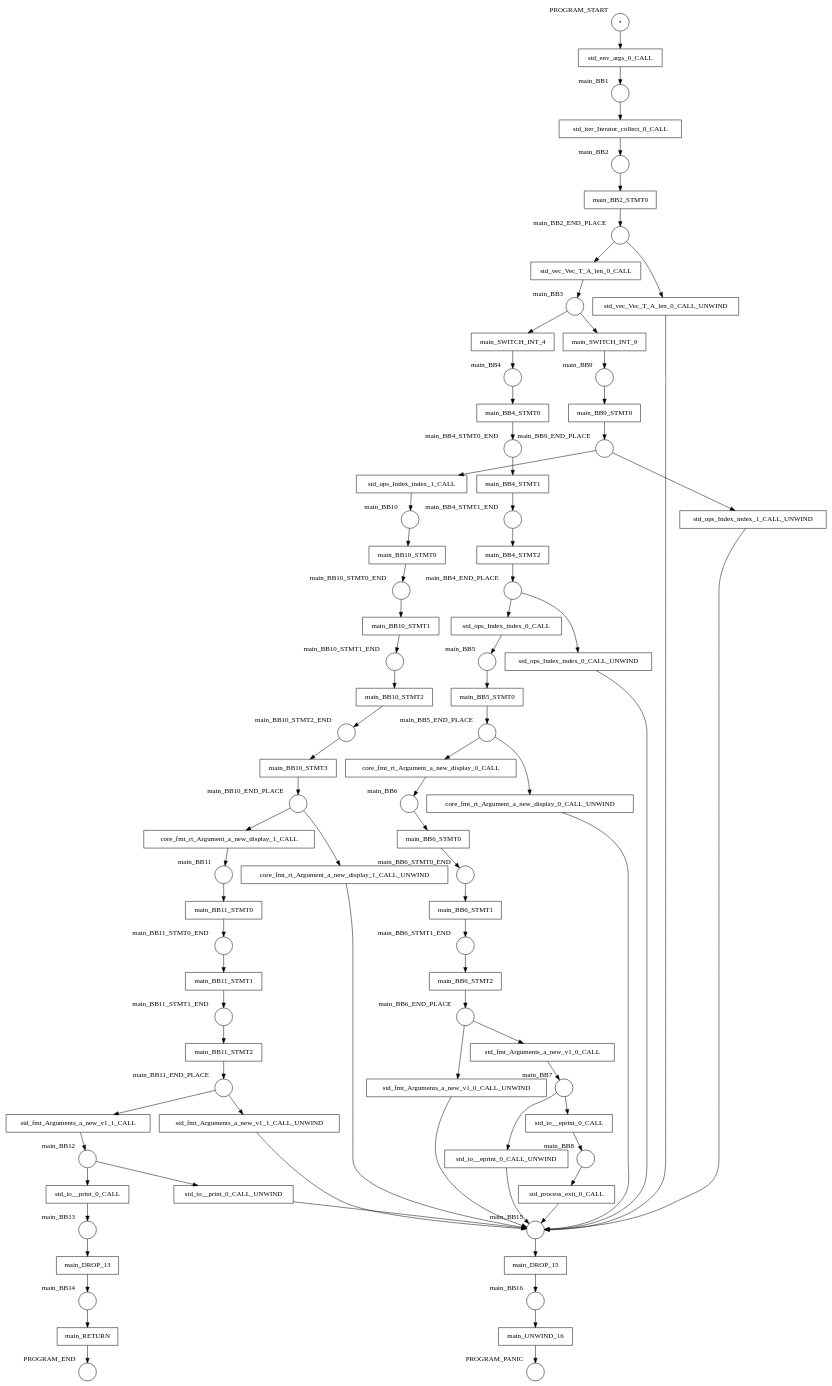
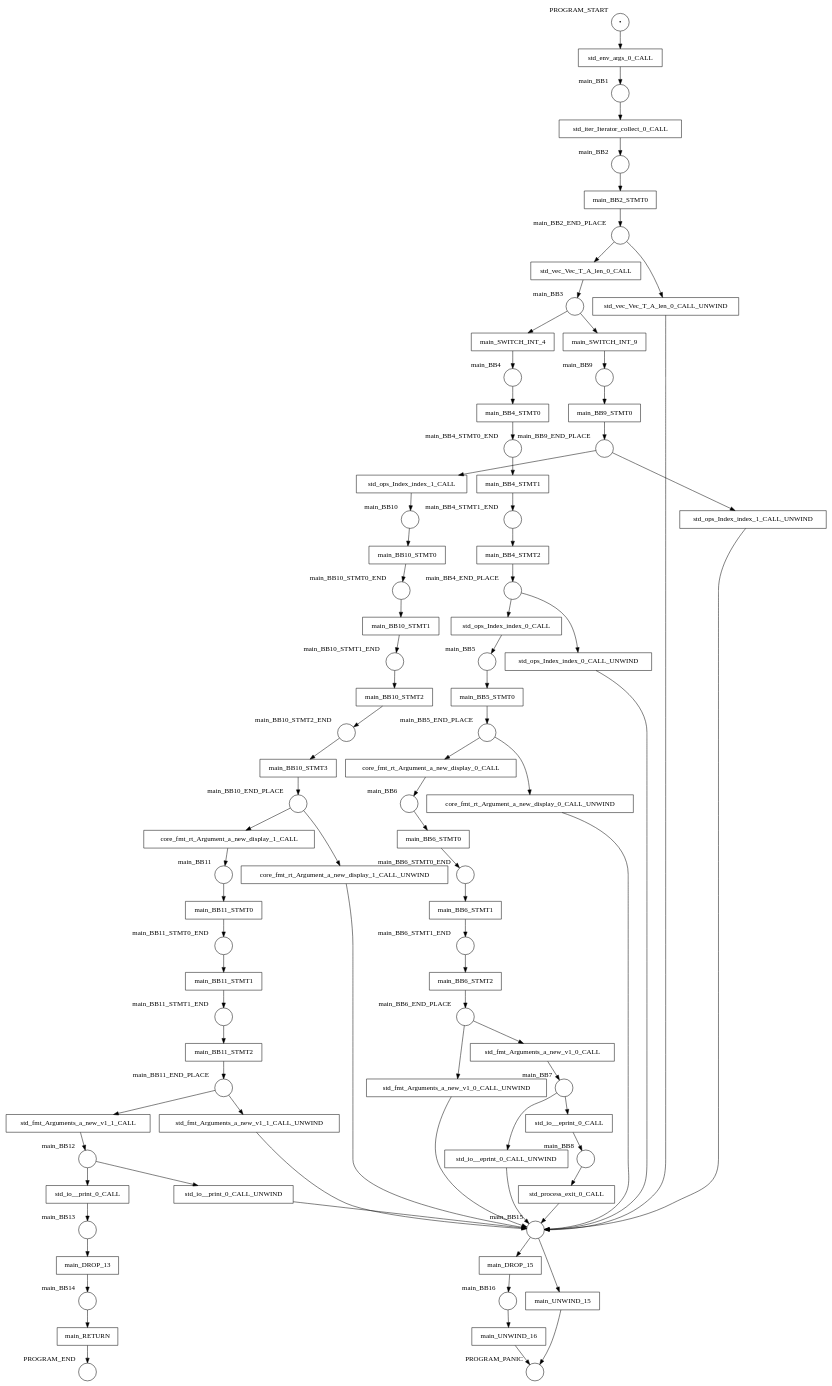
One commit to hlisdero/cargo-check-deadlock changed the diagram in examples/results/function_call/greet/net.dot. Above: the diagram before and after it, drawn with Graphviz. The commit also changed 26 other files, not shown here.

```diff
--- a/examples/results/function_call/greet/net.dot
+++ b/examples/results/function_call/greet/net.dot
@@ -1,166 +1,169 @@
 digraph petrinet {
     PROGRAM_END [shape="circle" xlabel="PROGRAM_END" label=""];
     PROGRAM_PANIC [shape="circle" xlabel="PROGRAM_PANIC" label=""];
     PROGRAM_START [shape="circle" xlabel="PROGRAM_START" label="•"];
     main_BB1 [shape="circle" xlabel="main_BB1" label=""];
     main_BB10 [shape="circle" xlabel="main_BB10" label=""];
     main_BB10_END_PLACE [shape="circle" xlabel="main_BB10_END_PLACE" label=""];
     main_BB10_STMT0_END [shape="circle" xlabel="main_BB10_STMT0_END" label=""];
     main_BB10_STMT1_END [shape="circle" xlabel="main_BB10_STMT1_END" label=""];
     main_BB10_STMT2_END [shape="circle" xlabel="main_BB10_STMT2_END" label=""];
     main_BB11 [shape="circle" xlabel="main_BB11" label=""];
     main_BB11_END_PLACE [shape="circle" xlabel="main_BB11_END_PLACE" label=""];
     main_BB11_STMT0_END [shape="circle" xlabel="main_BB11_STMT0_END" label=""];
     main_BB11_STMT1_END [shape="circle" xlabel="main_BB11_STMT1_END" label=""];
     main_BB12 [shape="circle" xlabel="main_BB12" label=""];
     main_BB13 [shape="circle" xlabel="main_BB13" label=""];
     main_BB14 [shape="circle" xlabel="main_BB14" label=""];
     main_BB15 [shape="circle" xlabel="main_BB15" label=""];
     main_BB16 [shape="circle" xlabel="main_BB16" label=""];
     main_BB2 [shape="circle" xlabel="main_BB2" label=""];
     main_BB2_END_PLACE [shape="circle" xlabel="main_BB2_END_PLACE" label=""];
     main_BB3 [shape="circle" xlabel="main_BB3" label=""];
     main_BB4 [shape="circle" xlabel="main_BB4" label=""];
     main_BB4_END_PLACE [shape="circle" xlabel="main_BB4_END_PLACE" label=""];
     main_BB4_STMT0_END [shape="circle" xlabel="main_BB4_STMT0_END" label=""];
     main_BB4_STMT1_END [shape="circle" xlabel="main_BB4_STMT1_END" label=""];
     main_BB5 [shape="circle" xlabel="main_BB5" label=""];
     main_BB5_END_PLACE [shape="circle" xlabel="main_BB5_END_PLACE" label=""];
     main_BB6 [shape="circle" xlabel="main_BB6" label=""];
     main_BB6_END_PLACE [shape="circle" xlabel="main_BB6_END_PLACE" label=""];
     main_BB6_STMT0_END [shape="circle" xlabel="main_BB6_STMT0_END" label=""];
     main_BB6_STMT1_END [shape="circle" xlabel="main_BB6_STMT1_END" label=""];
     main_BB7 [shape="circle" xlabel="main_BB7" label=""];
     main_BB8 [shape="circle" xlabel="main_BB8" label=""];
     main_BB9 [shape="circle" xlabel="main_BB9" label=""];
     main_BB9_END_PLACE [shape="circle" xlabel="main_BB9_END_PLACE" label=""];
     core_fmt_rt_Argument_a_new_display_0_CALL [shape="box" xlabel="" label="core_fmt_rt_Argument_a_new_display_0_CALL"];
     core_fmt_rt_Argument_a_new_display_0_CALL_UNWIND [shape="box" xlabel="" label="core_fmt_rt_Argument_a_new_display_0_CALL_UNWIND"];
     core_fmt_rt_Argument_a_new_display_1_CALL [shape="box" xlabel="" label="core_fmt_rt_Argument_a_new_display_1_CALL"];
     core_fmt_rt_Argument_a_new_display_1_CALL_UNWIND [shape="box" xlabel="" label="core_fmt_rt_Argument_a_new_display_1_CALL_UNWIND"];
     main_BB10_STMT0 [shape="box" xlabel="" label="main_BB10_STMT0"];
     main_BB10_STMT1 [shape="box" xlabel="" label="main_BB10_STMT1"];
     main_BB10_STMT2 [shape="box" xlabel="" label="main_BB10_STMT2"];
     main_BB10_STMT3 [shape="box" xlabel="" label="main_BB10_STMT3"];
     main_BB11_STMT0 [shape="box" xlabel="" label="main_BB11_STMT0"];
     main_BB11_STMT1 [shape="box" xlabel="" label="main_BB11_STMT1"];
     main_BB11_STMT2 [shape="box" xlabel="" label="main_BB11_STMT2"];
     main_BB2_STMT0 [shape="box" xlabel="" label="main_BB2_STMT0"];
     main_BB4_STMT0 [shape="box" xlabel="" label="main_BB4_STMT0"];
     main_BB4_STMT1 [shape="box" xlabel="" label="main_BB4_STMT1"];
     main_BB4_STMT2 [shape="box" xlabel="" label="main_BB4_STMT2"];
     main_BB5_STMT0 [shape="box" xlabel="" label="main_BB5_STMT0"];
     main_BB6_STMT0 [shape="box" xlabel="" label="main_BB6_STMT0"];
     main_BB6_STMT1 [shape="box" xlabel="" label="main_BB6_STMT1"];
     main_BB6_STMT2 [shape="box" xlabel="" label="main_BB6_STMT2"];
     main_BB9_STMT0 [shape="box" xlabel="" label="main_BB9_STMT0"];
     main_DROP_13 [shape="box" xlabel="" label="main_DROP_13"];
     main_DROP_15 [shape="box" xlabel="" label="main_DROP_15"];
     main_RETURN [shape="box" xlabel="" label="main_RETURN"];
     main_SWITCH_INT_4 [shape="box" xlabel="" label="main_SWITCH_INT_4"];
     main_SWITCH_INT_9 [shape="box" xlabel="" label="main_SWITCH_INT_9"];
+    main_UNWIND_15 [shape="box" xlabel="" label="main_UNWIND_15"];
     main_UNWIND_16 [shape="box" xlabel="" label="main_UNWIND_16"];
     std_env_args_0_CALL [shape="box" xlabel="" label="std_env_args_0_CALL"];
     std_fmt_Arguments_a_new_v1_0_CALL [shape="box" xlabel="" label="std_fmt_Arguments_a_new_v1_0_CALL"];
     std_fmt_Arguments_a_new_v1_0_CALL_UNWIND [shape="box" xlabel="" label="std_fmt_Arguments_a_new_v1_0_CALL_UNWIND"];
     std_fmt_Arguments_a_new_v1_1_CALL [shape="box" xlabel="" label="std_fmt_Arguments_a_new_v1_1_CALL"];
     std_fmt_Arguments_a_new_v1_1_CALL_UNWIND [shape="box" xlabel="" label="std_fmt_Arguments_a_new_v1_1_CALL_UNWIND"];
     std_io__eprint_0_CALL [shape="box" xlabel="" label="std_io__eprint_0_CALL"];
     std_io__eprint_0_CALL_UNWIND [shape="box" xlabel="" label="std_io__eprint_0_CALL_UNWIND"];
     std_io__print_0_CALL [shape="box" xlabel="" label="std_io__print_0_CALL"];
     std_io__print_0_CALL_UNWIND [shape="box" xlabel="" label="std_io__print_0_CALL_UNWIND"];
     std_iter_Iterator_collect_0_CALL [shape="box" xlabel="" label="std_iter_Iterator_collect_0_CALL"];
     std_ops_Index_index_0_CALL [shape="box" xlabel="" label="std_ops_Index_index_0_CALL"];
     std_ops_Index_index_0_CALL_UNWIND [shape="box" xlabel="" label="std_ops_Index_index_0_CALL_UNWIND"];
     std_ops_Index_index_1_CALL [shape="box" xlabel="" label="std_ops_Index_index_1_CALL"];
     std_ops_Index_index_1_CALL_UNWIND [shape="box" xlabel="" label="std_ops_Index_index_1_CALL_UNWIND"];
     std_process_exit_0_CALL [shape="box" xlabel="" label="std_process_exit_0_CALL"];
     std_vec_Vec_T_A_len_0_CALL [shape="box" xlabel="" label="std_vec_Vec_T_A_len_0_CALL"];
     std_vec_Vec_T_A_len_0_CALL_UNWIND [shape="box" xlabel="" label="std_vec_Vec_T_A_len_0_CALL_UNWIND"];
     PROGRAM_START -> std_env_args_0_CALL;
     main_BB1 -> std_iter_Iterator_collect_0_CALL;
     main_BB10 -> main_BB10_STMT0;
     main_BB10_END_PLACE -> core_fmt_rt_Argument_a_new_display_1_CALL;
     main_BB10_END_PLACE -> core_fmt_rt_Argument_a_new_display_1_CALL_UNWIND;
     main_BB10_STMT0_END -> main_BB10_STMT1;
     main_BB10_STMT1_END -> main_BB10_STMT2;
     main_BB10_STMT2_END -> main_BB10_STMT3;
     main_BB11 -> main_BB11_STMT0;
     main_BB11_END_PLACE -> std_fmt_Arguments_a_new_v1_1_CALL;
     main_BB11_END_PLACE -> std_fmt_Arguments_a_new_v1_1_CALL_UNWIND;
     main_BB11_STMT0_END -> main_BB11_STMT1;
     main_BB11_STMT1_END -> main_BB11_STMT2;
     main_BB12 -> std_io__print_0_CALL;
     main_BB12 -> std_io__print_0_CALL_UNWIND;
     main_BB13 -> main_DROP_13;
     main_BB14 -> main_RETURN;
     main_BB15 -> main_DROP_15;
+    main_BB15 -> main_UNWIND_15;
     main_BB16 -> main_UNWIND_16;
     main_BB2 -> main_BB2_STMT0;
     main_BB2_END_PLACE -> std_vec_Vec_T_A_len_0_CALL;
     main_BB2_END_PLACE -> std_vec_Vec_T_A_len_0_CALL_UNWIND;
     main_BB3 -> main_SWITCH_INT_4;
     main_BB3 -> main_SWITCH_INT_9;
     main_BB4 -> main_BB4_STMT0;
     main_BB4_END_PLACE -> std_ops_Index_index_0_CALL;
     main_BB4_END_PLACE -> std_ops_Index_index_0_CALL_UNWIND;
     main_BB4_STMT0_END -> main_BB4_STMT1;
     main_BB4_STMT1_END -> main_BB4_STMT2;
     main_BB5 -> main_BB5_STMT0;
     main_BB5_END_PLACE -> core_fmt_rt_Argument_a_new_display_0_CALL;
     main_BB5_END_PLACE -> core_fmt_rt_Argument_a_new_display_0_CALL_UNWIND;
     main_BB6 -> main_BB6_STMT0;
     main_BB6_END_PLACE -> std_fmt_Arguments_a_new_v1_0_CALL;
     main_BB6_END_PLACE -> std_fmt_Arguments_a_new_v1_0_CALL_UNWIND;
     main_BB6_STMT0_END -> main_BB6_STMT1;
     main_BB6_STMT1_END -> main_BB6_STMT2;
     main_BB7 -> std_io__eprint_0_CALL;
     main_BB7 -> std_io__eprint_0_CALL_UNWIND;
     main_BB8 -> std_process_exit_0_CALL;
     main_BB9 -> main_BB9_STMT0;
     main_BB9_END_PLACE -> std_ops_Index_index_1_CALL;
     main_BB9_END_PLACE -> std_ops_Index_index_1_CALL_UNWIND;
     core_fmt_rt_Argument_a_new_display_0_CALL -> main_BB6;
     core_fmt_rt_Argument_a_new_display_0_CALL_UNWIND -> main_BB15;
     core_fmt_rt_Argument_a_new_display_1_CALL -> main_BB11;
     core_fmt_rt_Argument_a_new_display_1_CALL_UNWIND -> main_BB15;
     main_BB10_STMT0 -> main_BB10_STMT0_END;
     main_BB10_STMT1 -> main_BB10_STMT1_END;
     main_BB10_STMT2 -> main_BB10_STMT2_END;
     main_BB10_STMT3 -> main_BB10_END_PLACE;
     main_BB11_STMT0 -> main_BB11_STMT0_END;
     main_BB11_STMT1 -> main_BB11_STMT1_END;
     main_BB11_STMT2 -> main_BB11_END_PLACE;
     main_BB2_STMT0 -> main_BB2_END_PLACE;
     main_BB4_STMT0 -> main_BB4_STMT0_END;
     main_BB4_STMT1 -> main_BB4_STMT1_END;
     main_BB4_STMT2 -> main_BB4_END_PLACE;
     main_BB5_STMT0 -> main_BB5_END_PLACE;
     main_BB6_STMT0 -> main_BB6_STMT0_END;
     main_BB6_STMT1 -> main_BB6_STMT1_END;
     main_BB6_STMT2 -> main_BB6_END_PLACE;
     main_BB9_STMT0 -> main_BB9_END_PLACE;
     main_DROP_13 -> main_BB14;
     main_DROP_15 -> main_BB16;
     main_RETURN -> PROGRAM_END;
     main_SWITCH_INT_4 -> main_BB4;
     main_SWITCH_INT_9 -> main_BB9;
+    main_UNWIND_15 -> PROGRAM_PANIC;
     main_UNWIND_16 -> PROGRAM_PANIC;
     std_env_args_0_CALL -> main_BB1;
     std_fmt_Arguments_a_new_v1_0_CALL -> main_BB7;
     std_fmt_Arguments_a_new_v1_0_CALL_UNWIND -> main_BB15;
     std_fmt_Arguments_a_new_v1_1_CALL -> main_BB12;
     std_fmt_Arguments_a_new_v1_1_CALL_UNWIND -> main_BB15;
     std_io__eprint_0_CALL -> main_BB8;
     std_io__eprint_0_CALL_UNWIND -> main_BB15;
     std_io__print_0_CALL -> main_BB13;
     std_io__print_0_CALL_UNWIND -> main_BB15;
     std_iter_Iterator_collect_0_CALL -> main_BB2;
     std_ops_Index_index_0_CALL -> main_BB5;
     std_ops_Index_index_0_CALL_UNWIND -> main_BB15;
     std_ops_Index_index_1_CALL -> main_BB10;
     std_ops_Index_index_1_CALL_UNWIND -> main_BB15;
     std_process_exit_0_CALL -> main_BB15;
     std_vec_Vec_T_A_len_0_CALL -> main_BB3;
     std_vec_Vec_T_A_len_0_CALL_UNWIND -> main_BB15;
 }
```
